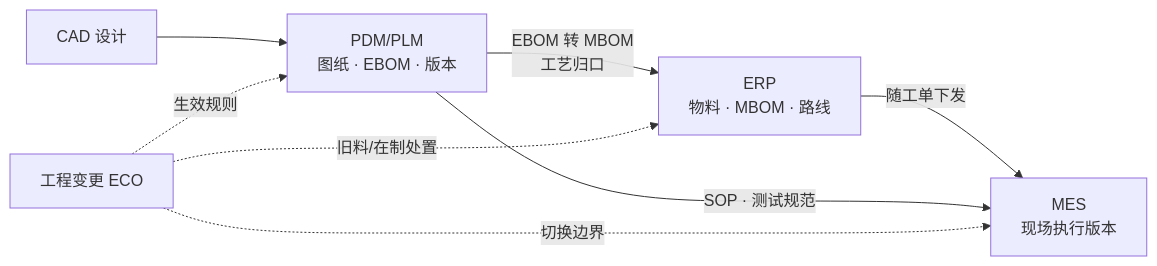
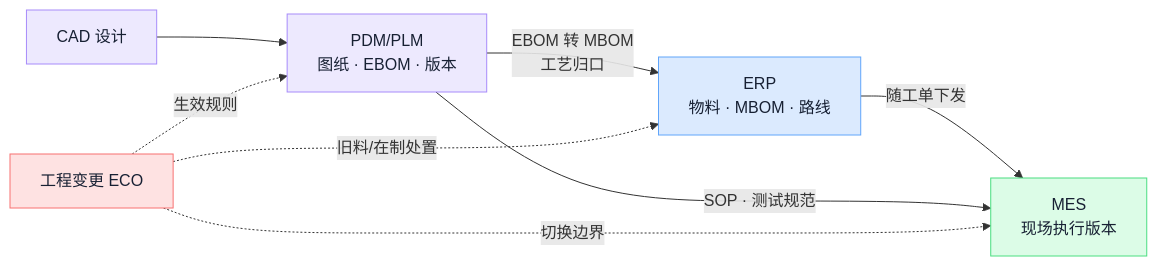
Before and after one commit to ink-hz/AI-Manufacturing-Platform: the third of 16 diagrams in docs/manufacturing-system-handbook.md, drawn with Mermaid. The commit also changed other lines of this file, not shown here.

Commit message:
docs: publish maintained handbook diagram colors

````diff
--- a/docs/manufacturing-system-handbook.md
+++ b/docs/manufacturing-system-handbook.md
@@ -164,10 +197,18 @@
 ```mermaid
 flowchart LR
     CAD[CAD 设计] --> PDM[PDM/PLM<br/>图纸 · EBOM · 版本]
     PDM -->|EBOM 转 MBOM<br/>工艺归口| ERP[ERP<br/>物料 · MBOM · 路线]
     ERP -->|随工单下发| MES[MES<br/>现场执行版本]
     PDM -->|SOP · 测试规范| MES
     ECO[工程变更 ECO] -.生效规则.-> PDM
     ECO -.旧料/在制处置.-> ERP
     ECO -.切换边界.-> MES
+    class CAD,PDM eng
+    class ERP biz
+    class MES exec
+    class ECO risk
+    classDef biz fill:#DBEAFE,stroke:#60A5FA,color:#172033;
+    classDef eng fill:#EDE9FE,stroke:#A78BFA,color:#172033;
+    classDef exec fill:#DCFCE7,stroke:#4ADE80,color:#172033;
+    classDef risk fill:#FEE2E2,stroke:#F87171,color:#172033;
 ```
````
